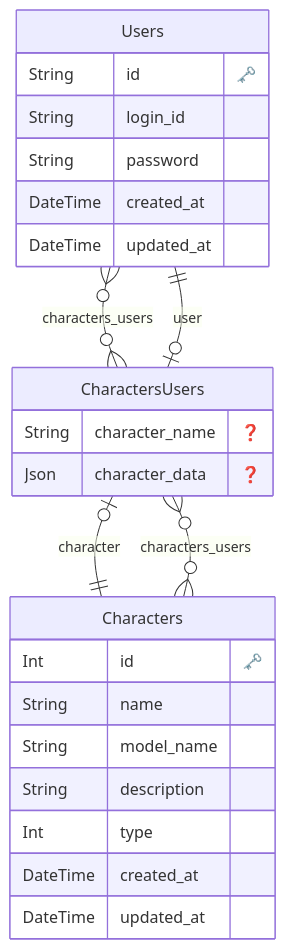
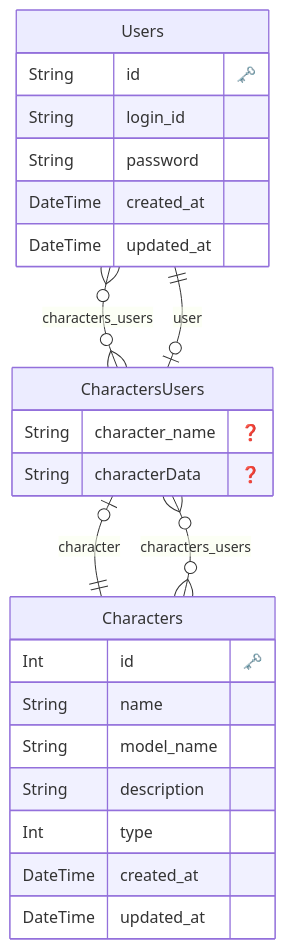
The diagram in prisma/erd.md (hal2024HOLO-ME/holome-backend), drawn with Mermaid before and after one commit. The commit also changed 1 other file, not shown here.

Commit message:
fix: Unityから送信されるjsonがStringだったので対応

````diff
--- a/prisma/erd.md
+++ b/prisma/erd.md
@@ -1,33 +1,33 @@
 ```mermaid
 erDiagram
 
   "Users" {
     String id "🗝️"
     String login_id 
     String password 
     DateTime created_at 
     DateTime updated_at 
     }
   
 
   "Characters" {
     Int id "🗝️"
     String name 
     String model_name 
     String description 
     Int type 
     DateTime created_at 
     DateTime updated_at 
     }
   
 
   "CharactersUsers" {
     String character_name "❓"
-    Json character_data "❓"
+    String characterData "❓"
     }
   
     "Users" o{--}o "CharactersUsers" : "characters_users"
     "Characters" o{--}o "CharactersUsers" : "characters_users"
     "CharactersUsers" o|--|| "Characters" : "character"
     "CharactersUsers" o|--|| "Users" : "user"
 ```
````
